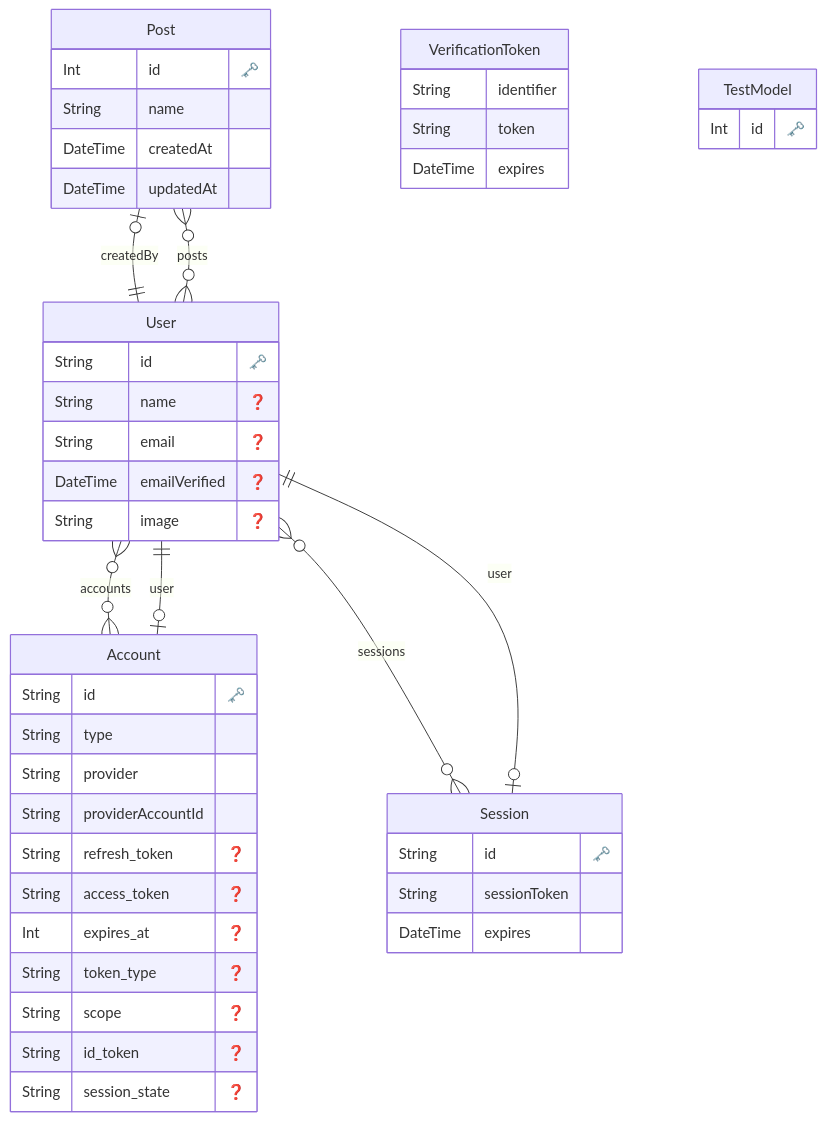
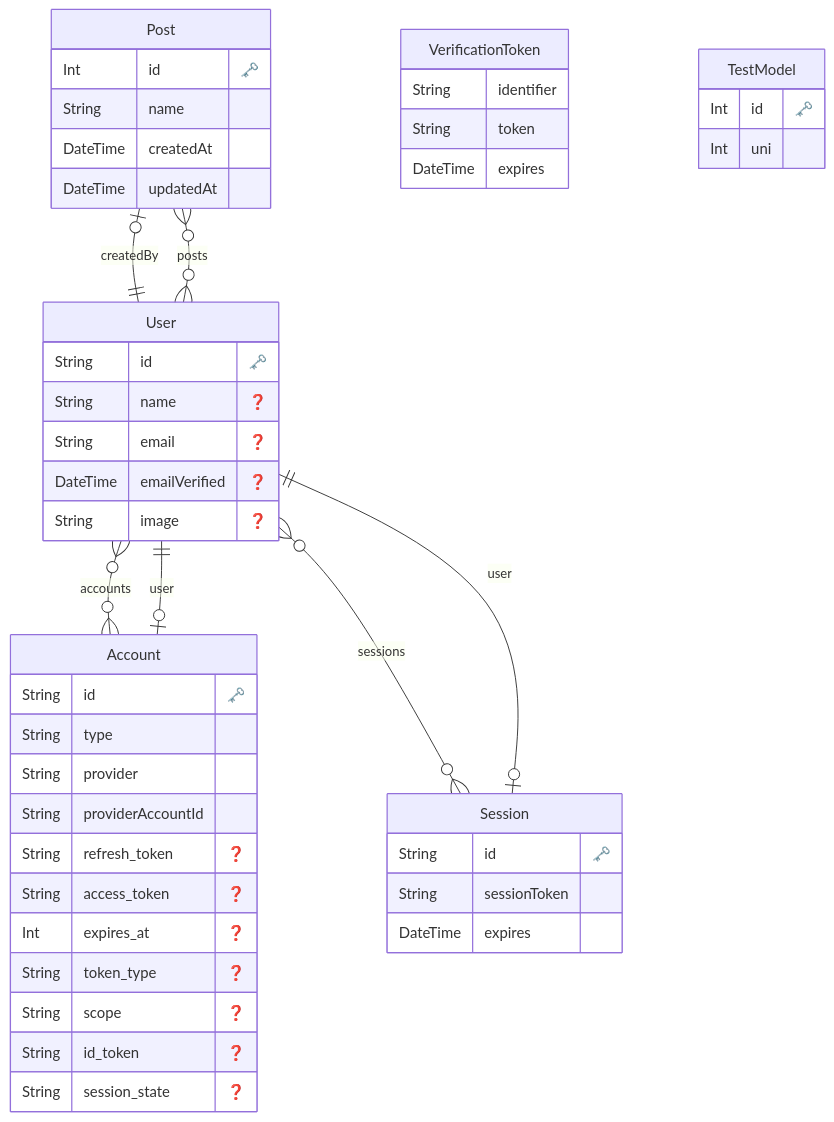
The diagram in prisma/ERD.md (mhatanorks/enthub), drawn with Mermaid before and after one commit. The commit also changed 1 other file, not shown here.

Commit message:
create copy erd wiki6

````diff
--- a/prisma/ERD.md
+++ b/prisma/ERD.md
@@ -1,60 +1,61 @@
 ```mermaid
 erDiagram
 
   "Post" {
     Int id "🗝️"
     String name 
     DateTime createdAt 
     DateTime updatedAt 
     }
   
 
   "Account" {
     String id "🗝️"
     String type 
     String provider 
     String providerAccountId 
     String refresh_token "❓"
     String access_token "❓"
     Int expires_at "❓"
     String token_type "❓"
     String scope "❓"
     String id_token "❓"
     String session_state "❓"
     }
   
 
   "Session" {
     String id "🗝️"
     String sessionToken 
     DateTime expires 
     }
   
 
   "User" {
     String id "🗝️"
     String name "❓"
     String email "❓"
     DateTime emailVerified "❓"
     String image "❓"
     }
   
 
   "VerificationToken" {
     String identifier 
     String token 
     DateTime expires 
     }
   
 
   "TestModel" {
     Int id "🗝️"
+    Int uni 
     }
   
     "Post" o|--|| "User" : "createdBy"
     "Account" o|--|| "User" : "user"
     "Session" o|--|| "User" : "user"
     "User" o{--}o "Account" : "accounts"
     "User" o{--}o "Session" : "sessions"
     "User" o{--}o "Post" : "posts"
 ```
````
